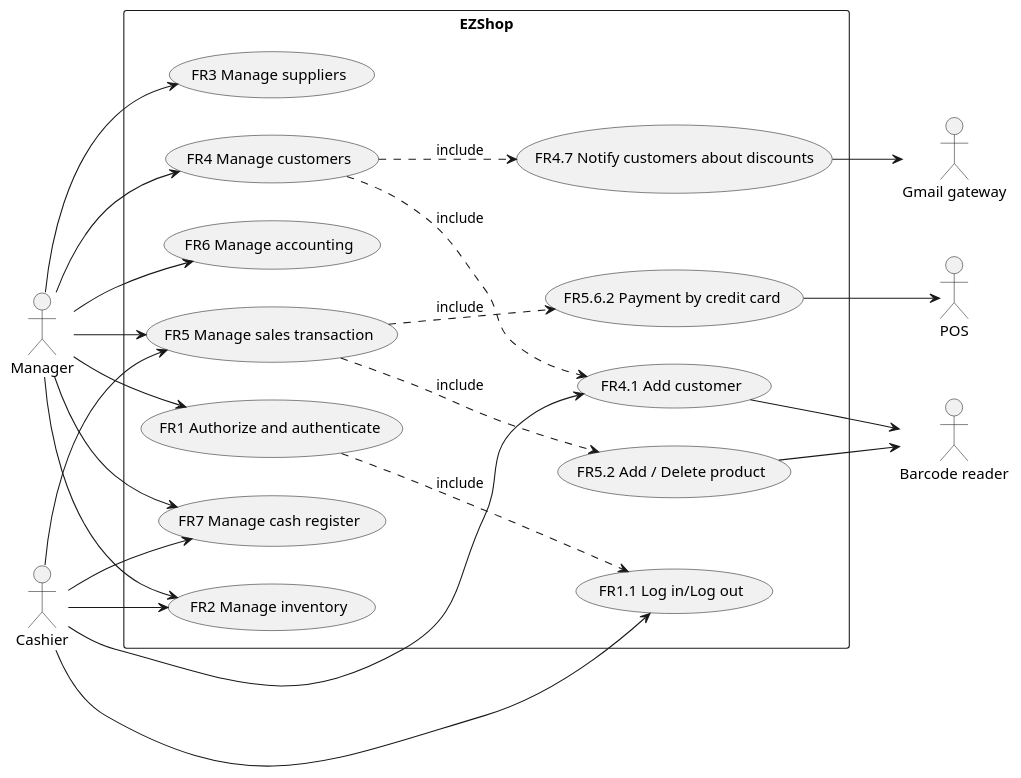
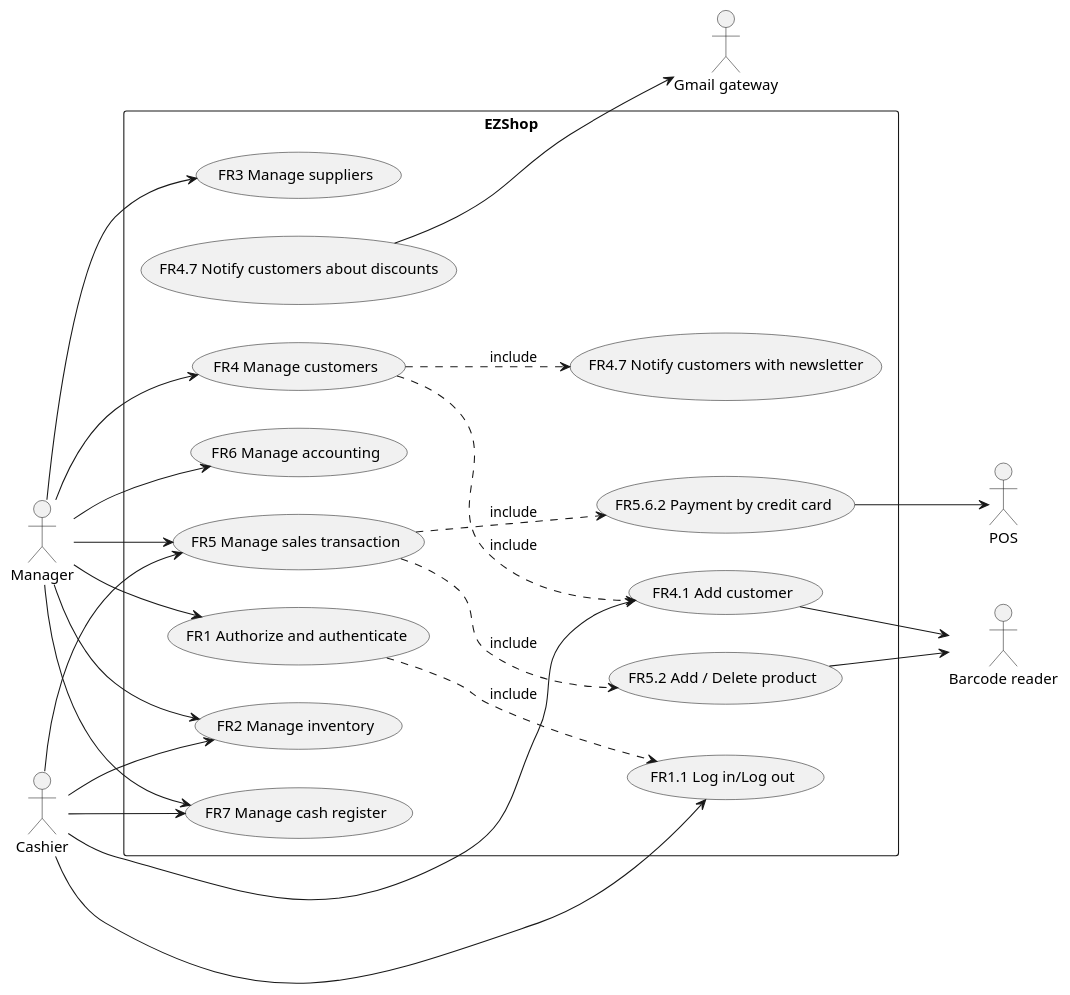
The second of 5 diagrams in Deliverables/RequirementsDocument.md (giuseppesalvi/ezshop), drawn with PlantUML before and after one commit. The commit also changed other lines of this file, not shown here.

Commit message:
Corrected FR names in UCdiagram to be compliant with FR new names

````diff
--- a/Deliverables/RequirementsDocument.md
+++ b/Deliverables/RequirementsDocument.md
@@ -157,38 +157,38 @@
 ```plantuml
 left to right direction
 
 actor Manager as m
 actor Cashier as c
 actor POS as p
 actor "Barcode reader" as b
 actor "Gmail gateway" as g
 
 rectangle EZShop{
 (FR1 Authorize and authenticate) .down.> (FR1.1 Log in/Log out) :include
 m --> (FR1 Authorize and authenticate)
 (FR1.1 Log in/Log out) <-- c
 
 m --> (FR2 Manage inventory)
 c --> (FR2 Manage inventory)
 m --> (FR3 Manage suppliers)
 
 (FR4 Manage customers) .down.> (FR4.1 Add customer) :include
-(FR4 Manage customers) .down.> (FR4.7 Notify customers about discounts) :include
+(FR4 Manage customers) .down.> (FR4.7 Notify customers with newsletter) :include
 m --> (FR4 Manage customers)
 (FR4.1 Add customer) <-- c
 (FR4.1 Add customer) --> b
 (FR4.7 Notify customers about discounts) --> g
 
 (FR5 Manage sales transaction) .down.> (FR5.2 Add / Delete product) :include
 (FR5 Manage sales transaction) .down.> (FR5.6.2 Payment by credit card) :include
 m --> (FR5 Manage sales transaction)
 c --> (FR5 Manage sales transaction)
 (FR5.2 Add / Delete product) --> b
 (FR5.6.2 Payment by credit card) --> p
 
 m --> (FR6 Manage accounting)
 
 m --> (FR7 Manage cash register)
 c --> (FR7 Manage cash register)
 }
 ```
````
